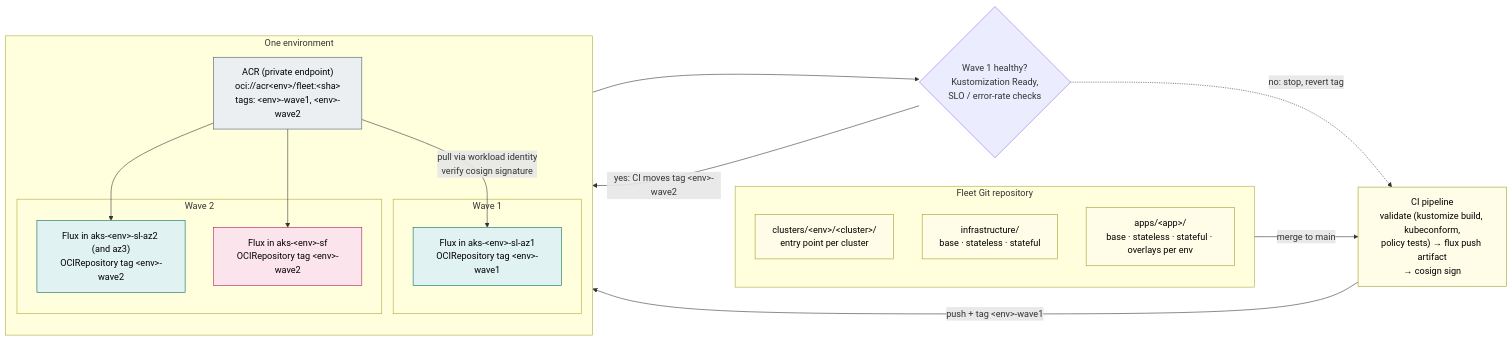
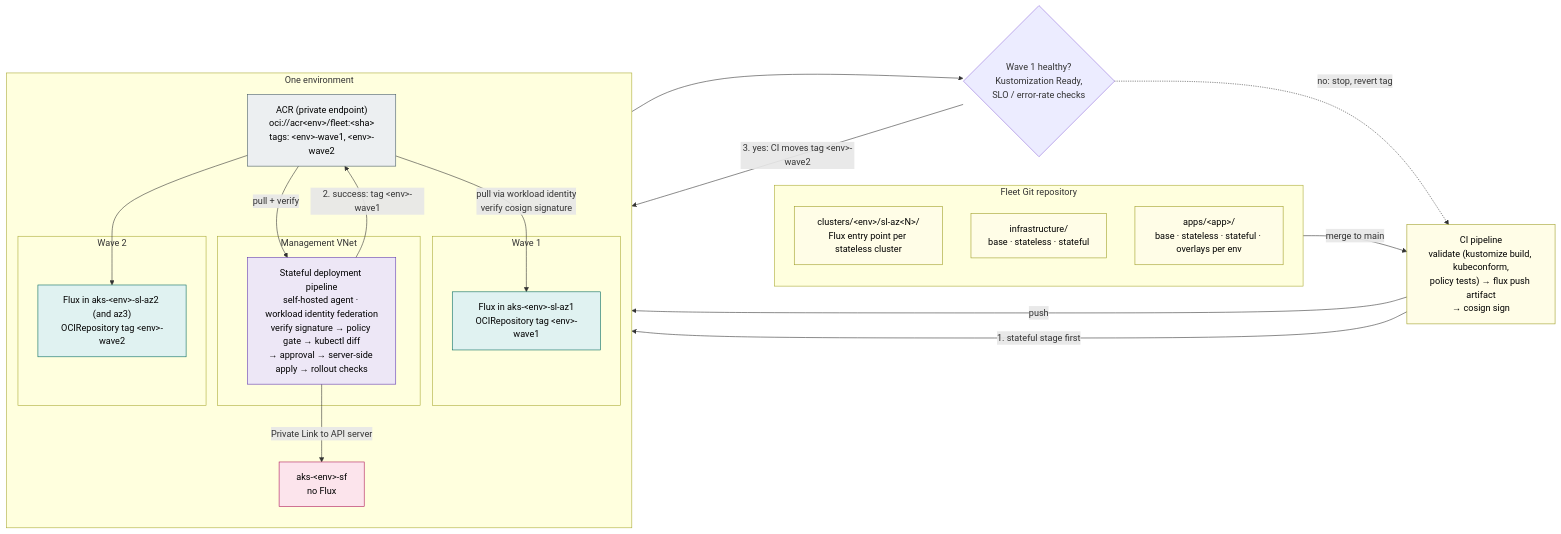
The diagram in diagrams/10-gitops-flux.mmd (olljanat-ai/aks-design), drawn with Mermaid before and after one commit. The commit also changed 4 other files, not shown here.

First line of the commit message:
Deploy the stateful cluster with CI/CD pipelines instead of FluxCD

```diff
--- a/diagrams/10-gitops-flux.mmd
+++ b/diagrams/10-gitops-flux.mmd
@@ -1,41 +1,51 @@
-%% FluxCD keeps all clusters in sync. Git is never reached by the clusters: CI publishes the fleet repository as
-%% signed OCI artifacts into each environment's private ACR, so the Internet-less stateful cluster works the same way.
+%% One fleet repository, one signed OCI artifact per commit in each environment's private ACR.
+%% Stateless clusters pull it with FluxCD in waves; the stateful cluster gets it from a CI/CD pipeline that runs on
+%% agents in the management network (the only network that reaches its private API server).
 flowchart LR
     subgraph GIT["Fleet Git repository"]
         direction TB
-        g_cl["clusters/&lt;env&gt;/&lt;cluster&gt;/<br/>entry point per cluster"]
+        g_cl["clusters/&lt;env&gt;/sl-az&lt;N&gt;/<br/>Flux entry point per stateless cluster"]
         g_inf["infrastructure/<br/>base · stateless · stateful"]
         g_app["apps/&lt;app&gt;/<br/>base · stateless · stateful · overlays per env"]
     end
 
     ci["CI pipeline<br/>validate (kustomize build, kubeconform,<br/>policy tests) → flux push artifact<br/>→ cosign sign"]
 
     subgraph ENV["One environment"]
         direction TB
         acr["ACR (private endpoint)<br/>oci://acr&lt;env&gt;/fleet:&lt;sha&gt;<br/>tags: &lt;env&gt;-wave1, &lt;env&gt;-wave2"]
+        subgraph MG["Management VNet"]
+            sfp["Stateful deployment pipeline<br/>self-hosted agent · workload identity federation<br/>verify signature → policy gate → kubectl diff<br/>→ approval → server-side apply → rollout checks"]
+        end
+        f3["aks-&lt;env&gt;-sf<br/>no Flux"]
         subgraph W1["Wave 1"]
             f1["Flux in aks-&lt;env&gt;-sl-az1<br/>OCIRepository tag &lt;env&gt;-wave1"]
         end
         subgraph W2["Wave 2"]
             f2["Flux in aks-&lt;env&gt;-sl-az2 (and az3)<br/>OCIRepository tag &lt;env&gt;-wave2"]
-            f3["Flux in aks-&lt;env&gt;-sf<br/>OCIRepository tag &lt;env&gt;-wave2"]
         end
     end
 
     gate{"Wave 1 healthy?<br/>Kustomization Ready,<br/>SLO / error-rate checks"}
 
-    GIT -->|"merge to main"| ci -->|"push + tag &lt;env&gt;-wave1"| acr
+    GIT -->|"merge to main"| ci -->|"push"| acr
+    ci -->|"1. stateful stage first"| sfp
+    acr -->|"pull + verify"| sfp
+    sfp -->|"Private Link to API server"| f3
+    sfp -->|"2. success: tag &lt;env&gt;-wave1"| acr
     acr -->|"pull via workload identity<br/>verify cosign signature"| f1
     f1 --> gate
-    gate -->|"yes: CI moves tag &lt;env&gt;-wave2"| acr
+    gate -->|"3. yes: CI moves tag &lt;env&gt;-wave2"| acr
     gate -.->|"no: stop, revert tag"| ci
-    acr --> f2 & f3
+    acr --> f2
 
     classDef note fill:#fffde7,stroke:#9e9d24,color:#000
     classDef sl fill:#e0f2f1,stroke:#00695c,color:#000
     classDef sf fill:#fce4ec,stroke:#ad1457,color:#000
     classDef paas fill:#eceff1,stroke:#455a64,color:#000
+    classDef hub fill:#ede7f6,stroke:#5e35b1,color:#000
     class g_cl,g_inf,g_app,ci note
     class f1,f2 sl
     class f3 sf
+    class sfp hub
     class acr paas
```
